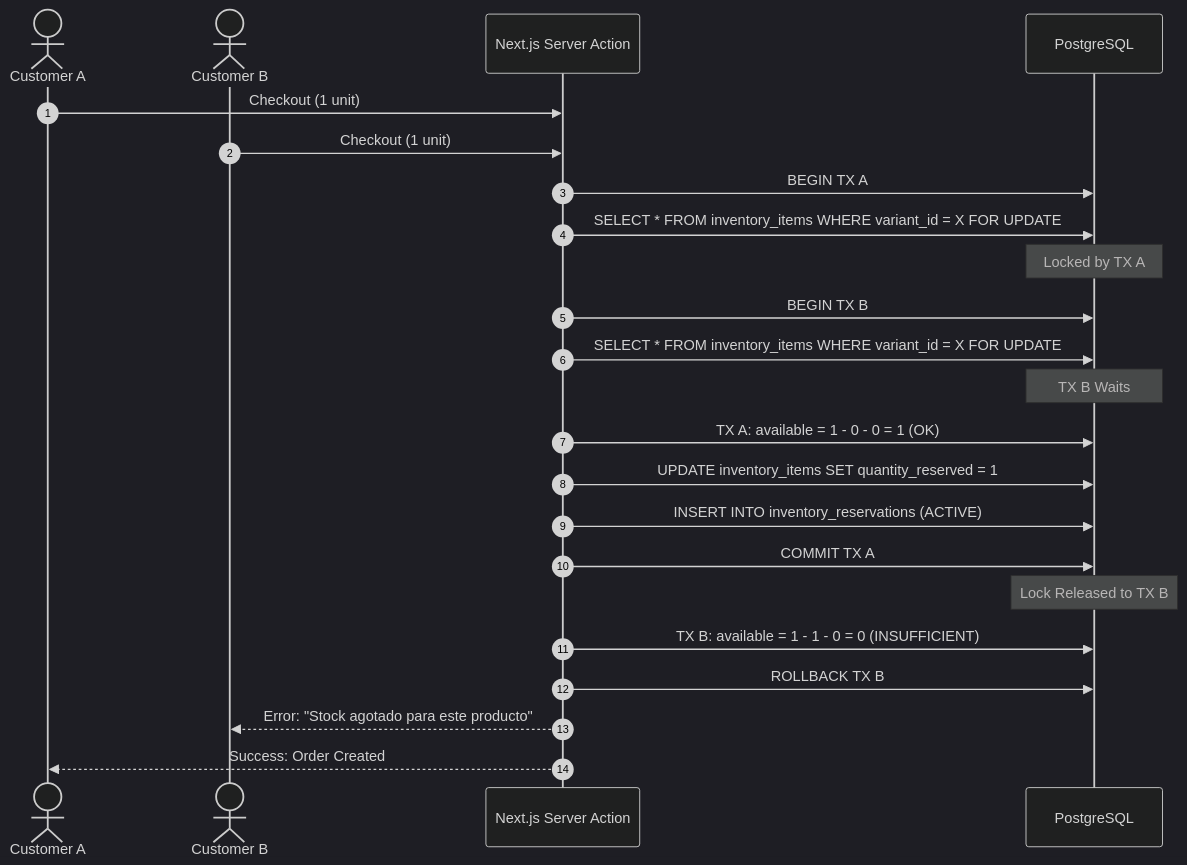
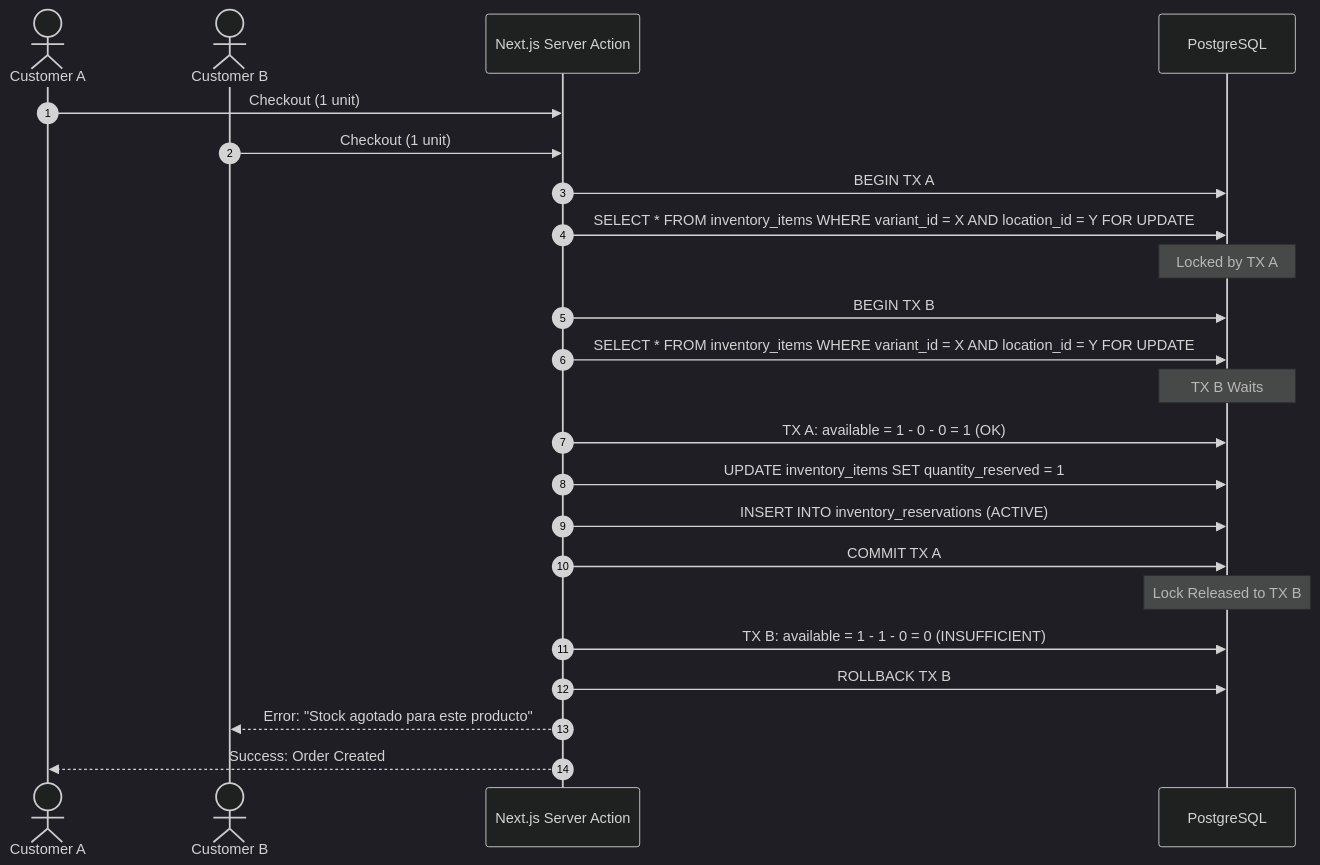
One commit to SaeBryxn/GamerPeru-Vercel changed the tenth of 15 diagrams in docs/architecture/COMMERCE_DOMAIN_MODEL.md. Above: the diagram before and after it, drawn with Mermaid (dark theme). The commit also changed other lines of this file, not shown here.

````diff
--- a/docs/architecture/COMMERCE_DOMAIN_MODEL.md
+++ b/docs/architecture/COMMERCE_DOMAIN_MODEL.md
@@ -1256,30 +1295,30 @@
 ```mermaid
 sequenceDiagram
     autonumber
     actor CustomerA as Customer A
     actor CustomerB as Customer B
     participant API as Next.js Server Action
     participant DB as PostgreSQL
 
     CustomerA->>API: Checkout (1 unit)
     CustomerB->>API: Checkout (1 unit)
     
     API->>DB: BEGIN TX A
-    API->>DB: SELECT * FROM inventory_items WHERE variant_id = X FOR UPDATE
+    API->>DB: SELECT * FROM inventory_items WHERE variant_id = X AND location_id = Y FOR UPDATE
     Note over DB: Locked by TX A
     
     API->>DB: BEGIN TX B
-    API->>DB: SELECT * FROM inventory_items WHERE variant_id = X FOR UPDATE
+    API->>DB: SELECT * FROM inventory_items WHERE variant_id = X AND location_id = Y FOR UPDATE
     Note over DB: TX B Waits
     
     API->>DB: TX A: available = 1 - 0 - 0 = 1 (OK)
     API->>DB: UPDATE inventory_items SET quantity_reserved = 1
     API->>DB: INSERT INTO inventory_reservations (ACTIVE)
     API->>DB: COMMIT TX A
     Note over DB: Lock Released to TX B
     
     API->>DB: TX B: available = 1 - 1 - 0 = 0 (INSUFFICIENT)
     API->>DB: ROLLBACK TX B
     API-->>CustomerB: Error: "Stock agotado para este producto"
     API-->>CustomerA: Success: Order Created
 ```
````
